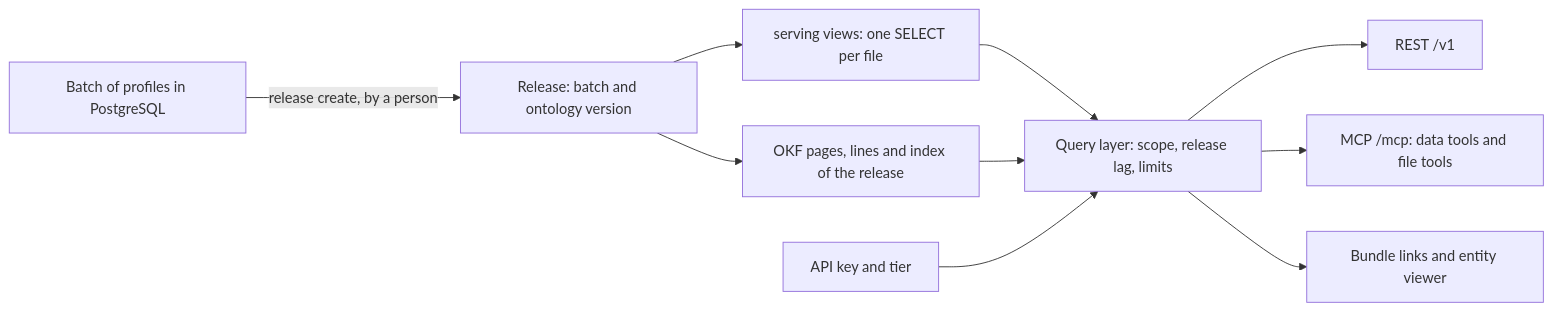
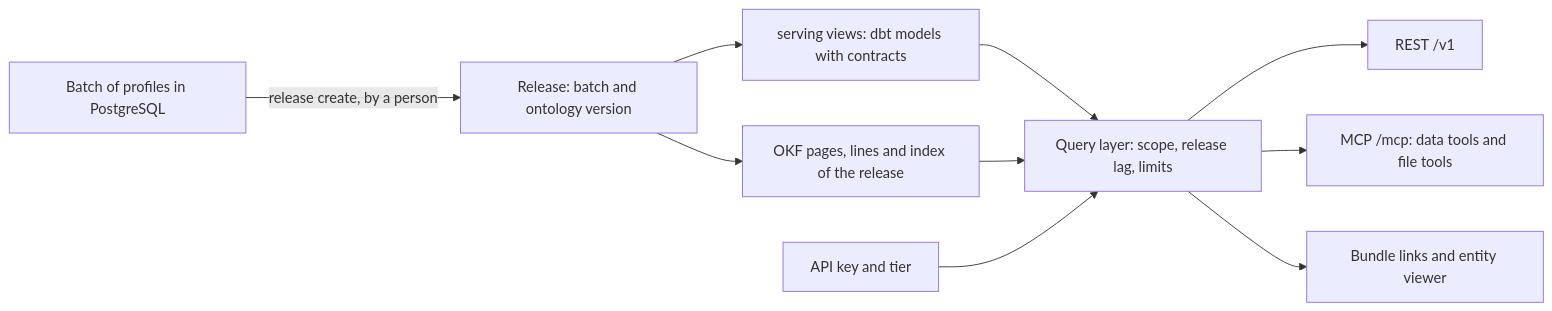
The eighth of 8 diagrams in README.md (tam159/link-lens), drawn with Mermaid before and after one commit. The commit also changed other lines of this file and 171 other files, not shown here.

````diff
--- a/README.md
+++ b/README.md
@@ -387,12 +424,12 @@
 ```mermaid
 flowchart LR
     Batch["Batch of profiles in PostgreSQL"] -->|"release create, by a person"| Release["Release: batch and ontology version"]
-    Release --> Views["serving views: one SELECT per file"]
+    Release --> Views["serving views: dbt models with contracts"]
     Release --> Tree["OKF pages, lines and index of the release"]
     Views --> Queries["Query layer: scope, release lag, limits"]
     Tree --> Queries
     Key["API key and tier"] --> Queries
     Queries --> REST["REST /v1"]
     Queries --> MCP["MCP /mcp: data tools and file tools"]
     Queries --> Bundles["Bundle links and entity viewer"]
 ```
````
